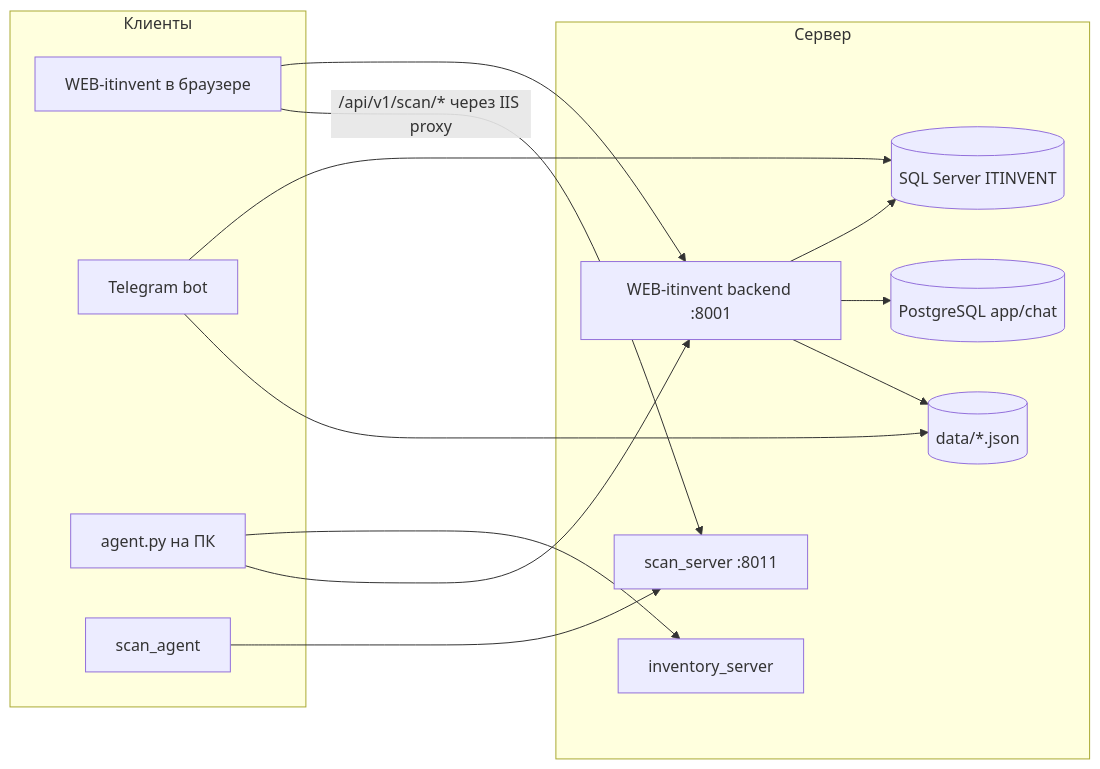
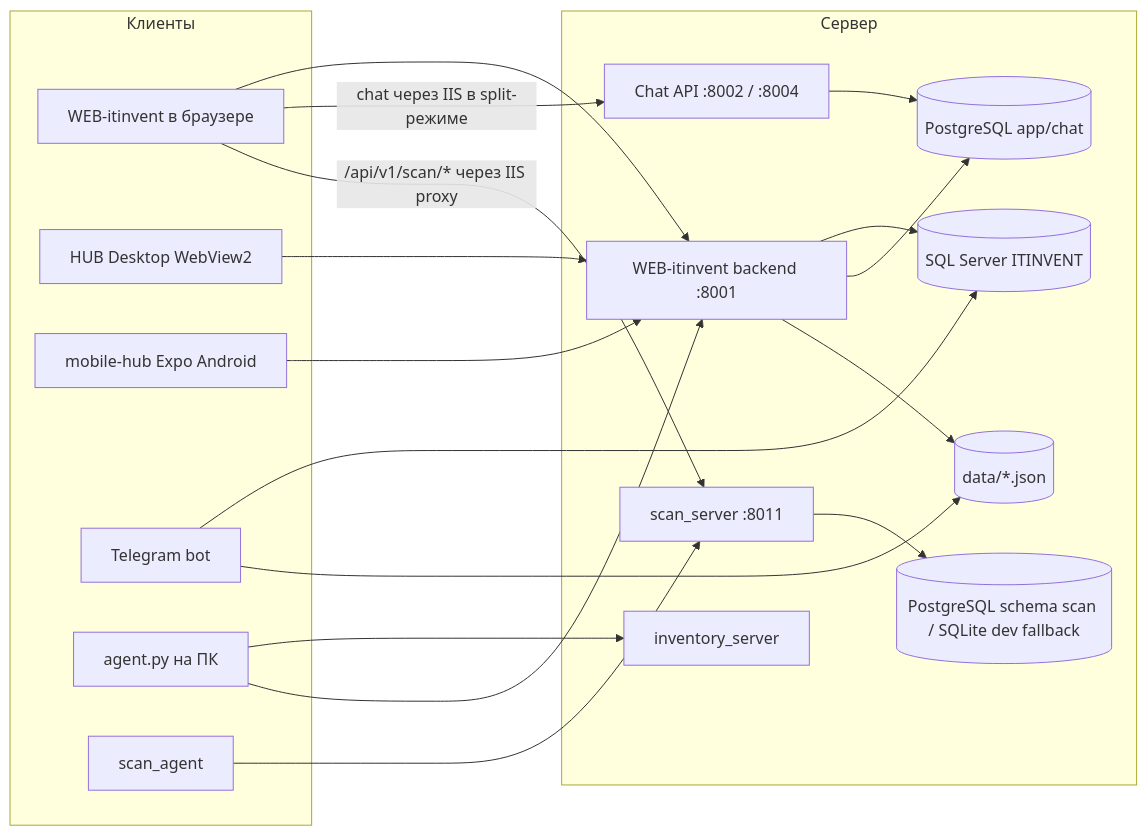
The diagram in AGENTS.md (Mnogoznall2405/HUB-IT), drawn with Mermaid before and after one commit. The commit also changed other lines of this file and 5 other files, not shown here.

````diff
--- a/AGENTS.md
+++ b/AGENTS.md
@@ -80,29 +84,38 @@
 ```mermaid
 flowchart LR
   subgraph clients [Клиенты]
     Web[WEB-itinvent в браузере]
+    Desktop[HUB Desktop WebView2]
+    Mobile[mobile-hub Expo Android]
     TG[Telegram bot]
     WinAgent[agent.py на ПК]
     ScanAgent[scan_agent]
   end
 
   subgraph server [Сервер]
     API[WEB-itinvent backend :8001]
+    Chat[Chat API :8002 / :8004]
     Inv[inventory_server]
     Scan[scan_server :8011]
     SQL[(SQL Server ITINVENT)]
     PG[(PostgreSQL app/chat)]
+    ScanDB[(PostgreSQL schema scan / SQLite dev fallback)]
     JSON[(data/*.json)]
   end
 
   Web --> API
+  Desktop --> API
+  Mobile --> API
+  Web -->|chat через IIS в split-режиме| Chat
   TG --> SQL
   TG --> JSON
   API --> SQL
   API --> PG
   API --> JSON
+  Chat --> PG
   WinAgent --> Inv
   WinAgent --> API
   ScanAgent --> Scan
+  Scan --> ScanDB
   Web -->|/api/v1/scan/* через IIS proxy| Scan
 ```
````
